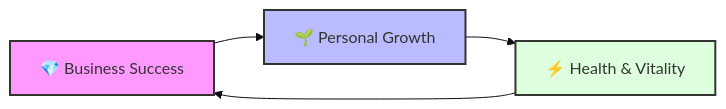
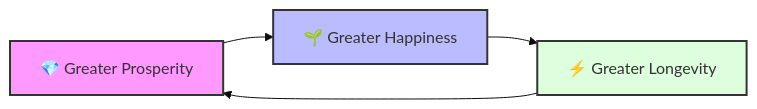
One commit to neothink-dao/neothink.io changed the first of 6 diagrams in docs/UNIFIED-PLATFORM.md. Above: the diagram before and after it, drawn with Mermaid (base theme). The commit also changed other lines of this file and 1 other file, not shown here.

````diff
--- a/docs/UNIFIED-PLATFORM.md
+++ b/docs/UNIFIED-PLATFORM.md
@@ -7,9 +7,9 @@
 ```mermaid
 graph LR
-    A[💎 Business Success] --> B[🌱 Personal Growth]
-    B --> C[⚡ Health & Vitality]
+    A[💎 Greater Prosperity] --> B[🌱 Greater Happiness]
+    B --> C[⚡ Greater Longevity]
     C --> A
     style A fill:#f9f,stroke:#333,stroke-width:2px
     style B fill:#bbf,stroke:#333,stroke-width:2px
     style C fill:#dfd,stroke:#333,stroke-width:2px
 ```
````
